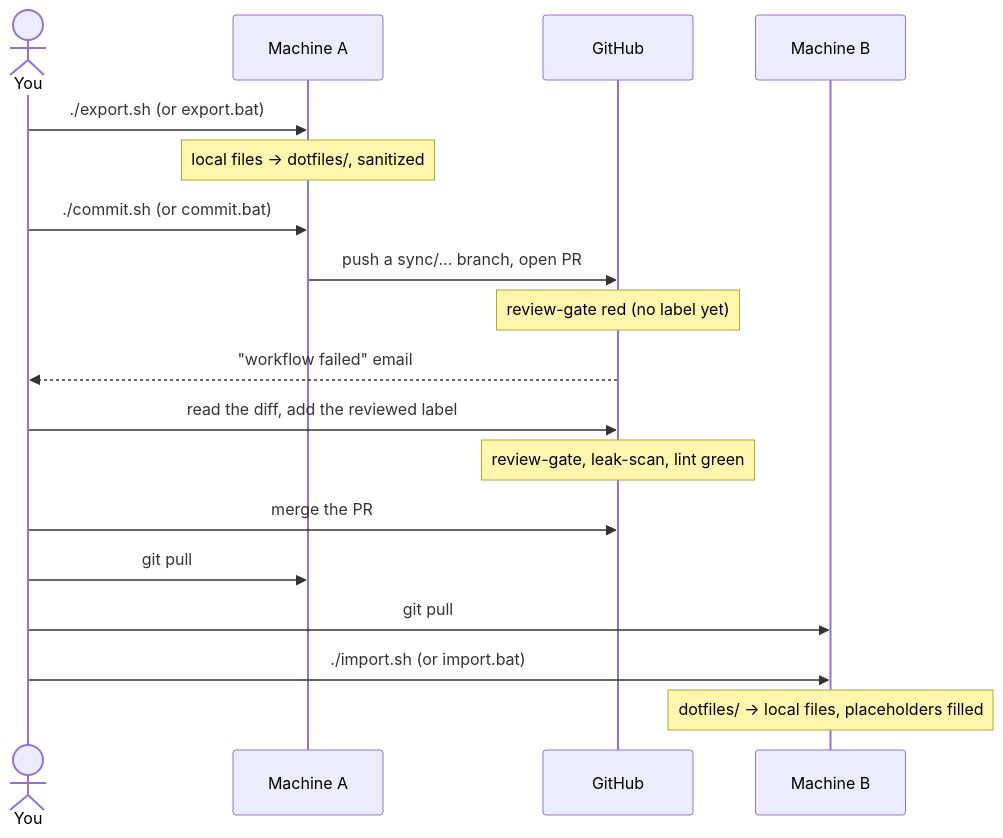
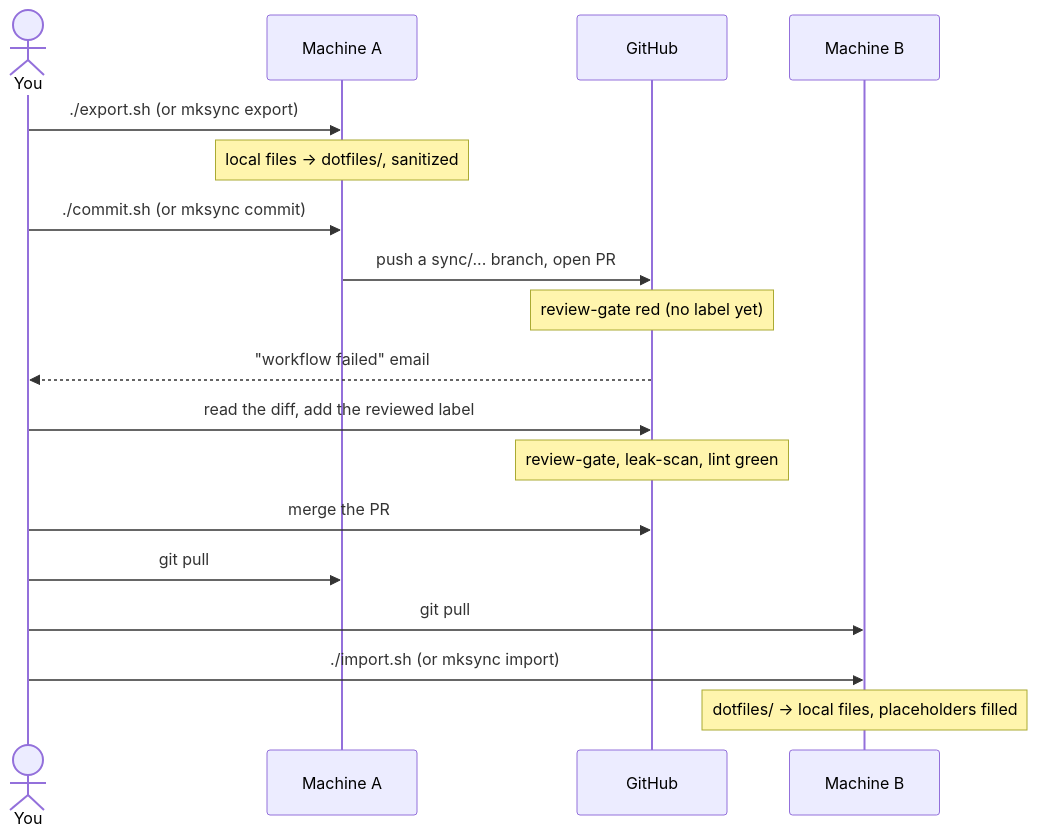
The diagram in docs/daily-workflow.md (makubexD/SyncSettings), drawn with Mermaid before and after one commit. The commit also changed other lines of this file and 9 other files, not shown here.

````diff
--- a/docs/daily-workflow.md
+++ b/docs/daily-workflow.md
@@ -6,21 +6,21 @@
 ```mermaid
 sequenceDiagram
     actor You
     participant A as Machine A
     participant GH as GitHub
     participant B as Machine B
 
-    You->>A: ./export.sh (or export.bat)
+    You->>A: ./export.sh (or mksync export)
     Note over A: local files → dotfiles/, sanitized
-    You->>A: ./commit.sh (or commit.bat)
+    You->>A: ./commit.sh (or mksync commit)
     A->>GH: push a sync/... branch, open PR
     Note over GH: review-gate red (no label yet)
     GH-->>You: "workflow failed" email
     You->>GH: read the diff, add the reviewed label
     Note over GH: review-gate, leak-scan, lint green
     You->>GH: merge the PR
     You->>A: git pull
     You->>B: git pull
-    You->>B: ./import.sh (or import.bat)
+    You->>B: ./import.sh (or mksync import)
     Note over B: dotfiles/ → local files, placeholders filled
 ```
````
